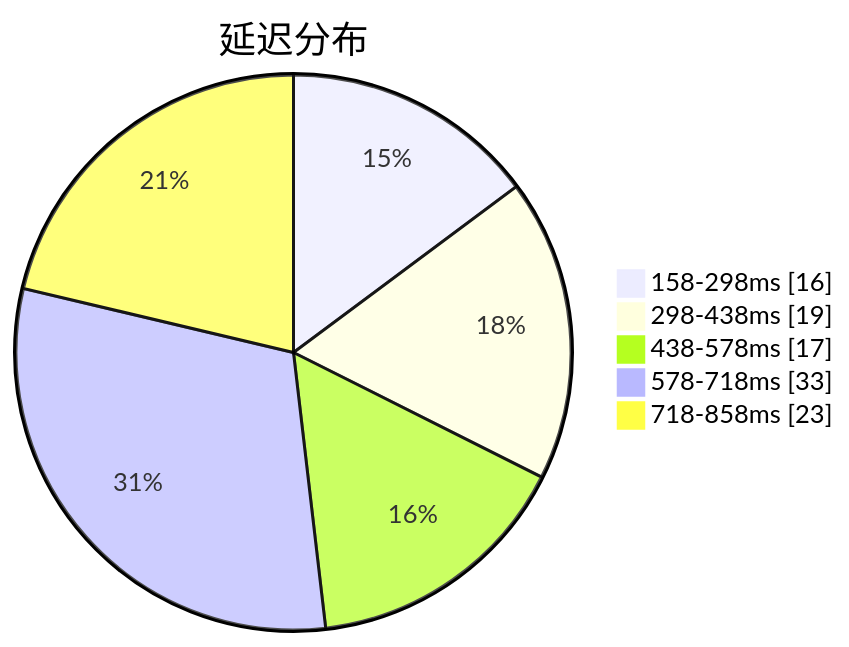
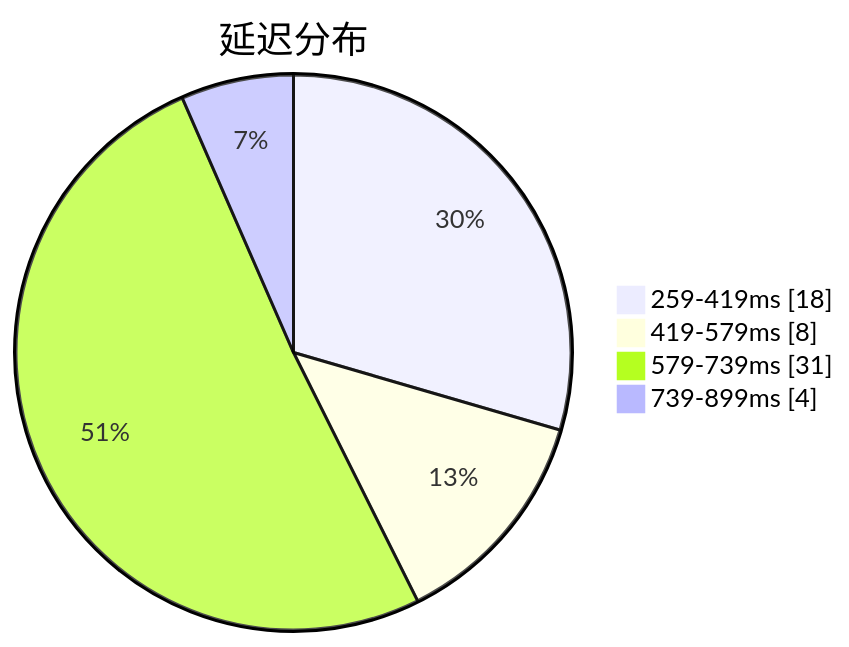
The first of 3 diagrams in subs/statistics/tested_within.md (qjlxg/airport), drawn with Mermaid before and after one commit. The commit also changed other lines of this file and 2 other files, not shown here.

````diff
--- a/subs/statistics/tested_within.md
+++ b/subs/statistics/tested_within.md
@@ -2,9 +2,8 @@
 ```mermaid
 pie showData
 title 延迟分布
-"158-298ms" : 16
-"298-438ms" : 19
-"438-578ms" : 17
-"578-718ms" : 33
-"718-858ms" : 23
+"259-419ms" : 18
+"419-579ms" : 8
+"579-739ms" : 31
+"739-899ms" : 4
 ```
````
